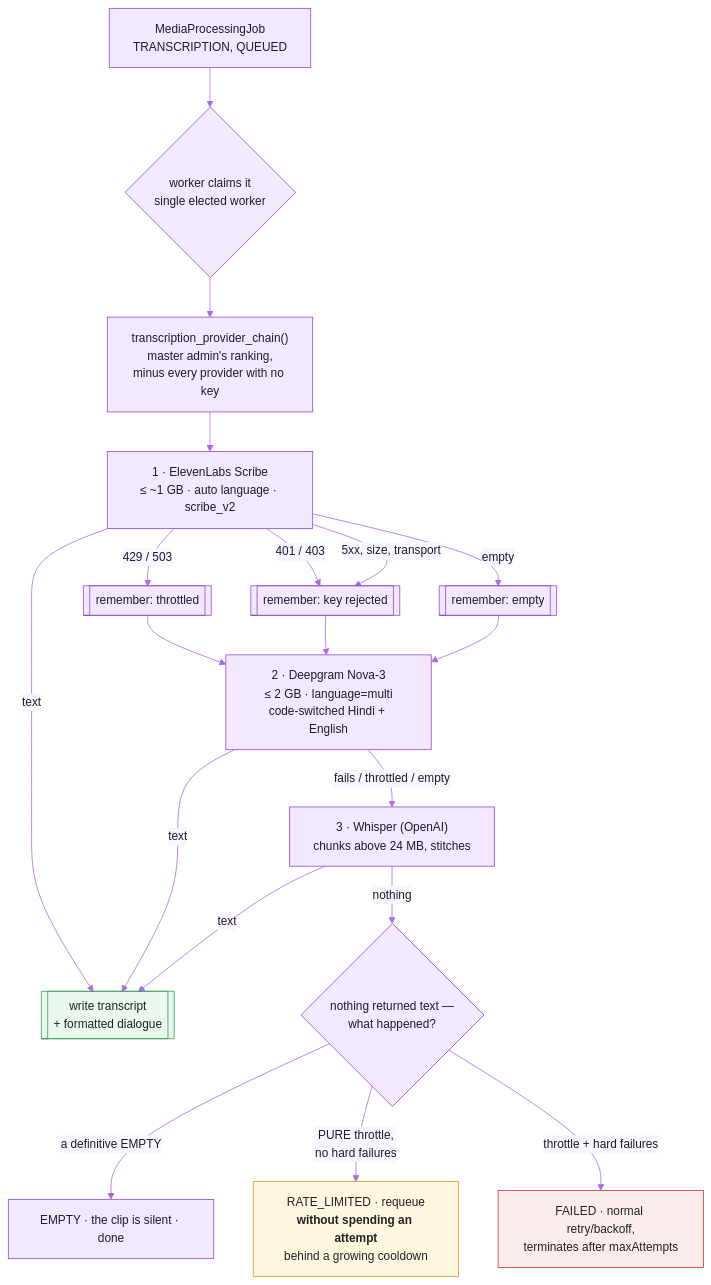
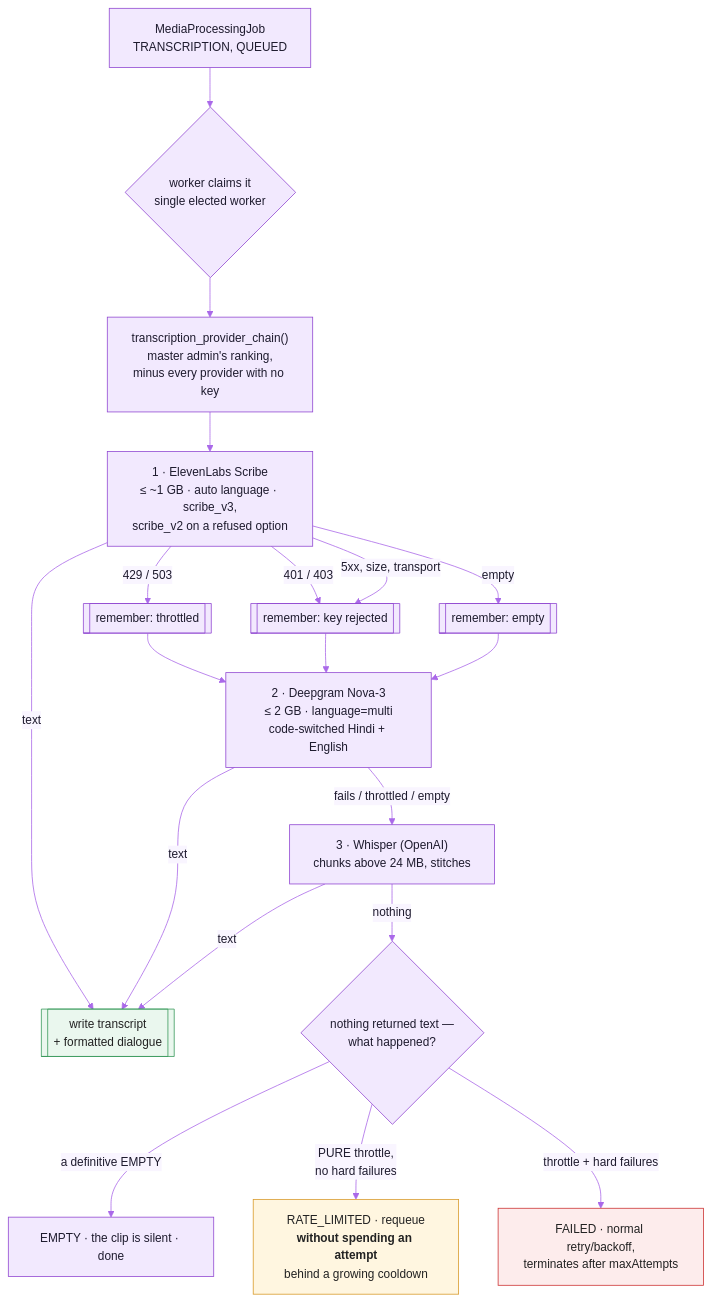
The eighth of 13 diagrams in docs/ARCHITECTURE.md (cxacraftecosystem-ui/designer-portal), drawn with Mermaid before and after one commit. The commit also changed other lines of this file and 54 other files, not shown here.

Commit message:
0.0.2: speech-to-text moves to ElevenLabs Scribe v3 on every surface, retries on Scribe v2 when a request is refused, and Android shows the badge the server names

````diff
--- a/docs/ARCHITECTURE.md
+++ b/docs/ARCHITECTURE.md
@@ -425,32 +425,32 @@
 ```mermaid
 %%{init: {"theme":"base","fontFamily":"Inter, ui-sans-serif, system-ui, -apple-system, Segoe UI, Roboto, Helvetica, Arial, sans-serif","themeVariables":{"fontSize":"15px","primaryColor":"#F2E9FE","primaryTextColor":"#1E1B2E","primaryBorderColor":"#9148D2","secondaryColor":"#FAEECD","secondaryTextColor":"#1E1B2E","secondaryBorderColor":"#CD9200","tertiaryColor":"#F3F1FA","tertiaryTextColor":"#1E1B2E","tertiaryBorderColor":"#A7A3BC","mainBkg":"#F2E9FE","nodeBorder":"#9148D2","nodeTextColor":"#1E1B2E","lineColor":"#AA69E9","textColor":"#857F9E","edgeLabelBackground":"#F9F5FF","clusterBkg":"#F9F5FF","clusterBorder":"#D6B6FB","titleColor":"#762CB1","noteBkgColor":"#FAEECD","noteTextColor":"#1E1B2E","noteBorderColor":"#CD9200","actorBkg":"#F2E9FE","actorBorder":"#9148D2","actorTextColor":"#1E1B2E","actorLineColor":"#AA69E9","signalColor":"#AA69E9","signalTextColor":"#857F9E","labelBoxBkgColor":"#F2E9FE","labelBoxBorderColor":"#9148D2","labelTextColor":"#1E1B2E","loopTextColor":"#857F9E","activationBkgColor":"#E7D5FE","activationBorderColor":"#9148D2","sequenceNumberColor":"#FFFFFF","transitionColor":"#AA69E9","transitionLabelColor":"#857F9E","stateLabelColor":"#1E1B2E","stateBkg":"#F2E9FE","compositeBackground":"#F9F5FF","compositeTitleBackground":"#F2E9FE","attributeBackgroundColorOdd":"#FFFFFF","attributeBackgroundColorEven":"#F9F5FF","relationColor":"#AA69E9","relationLabelBackground":"#F9F5FF","relationLabelColor":"#1E1B2E"}}}%%
 flowchart TD
   job["MediaProcessingJob<br/>TRANSCRIPTION, QUEUED"] --> claim{"worker claims it<br/>single elected worker"}
   claim --> chain["transcription_provider_chain()<br/>master admin's ranking,<br/>minus every provider with no key"]
-  chain --> p1["1 · ElevenLabs Scribe<br/>≤ ~1 GB · auto language · scribe_v2"]
+  chain --> p1["1 · ElevenLabs Scribe<br/>≤ ~1 GB · auto language · scribe_v3,<br/>scribe_v2 on a refused option"]
 
   p1 -->|text| done[["write transcript<br/>+ formatted dialogue"]]
   p1 -->|"429 / 503"| rl1[[remember: throttled]]
   p1 -->|"401 / 403"| hf1[[remember: key rejected]]
   p1 -->|"5xx, size, transport"| hf1
   p1 -->|empty| e1[[remember: empty]]
 
   rl1 --> p2
   hf1 --> p2
   e1 --> p2
   p2["2 · Deepgram Nova-3<br/>≤ 2 GB · language=multi<br/>code-switched Hindi + English"]
 
   p2 -->|text| done
   p2 -->|fails / throttled / empty| p3
   p3["3 · Whisper (OpenAI)<br/>chunks above 24 MB, stitches"]
   p3 -->|text| done
   p3 -->|nothing| resolve{"nothing returned text —<br/>what happened?"}
 
   resolve -->|"a definitive EMPTY"| empty["EMPTY · the clip is silent · done"]
   resolve -->|"PURE throttle,<br/>no hard failures"| rate["RATE_LIMITED · requeue<br/><b>without spending an attempt</b><br/>behind a growing cooldown"]
   resolve -->|"throttle + hard failures"| failed["FAILED · normal retry/backoff,<br/>terminates after maxAttempts"]
 
   style rate fill:#fff6e0,stroke:#d89a2a,color:#222
   style failed fill:#fdecec,stroke:#c33,color:#222
   style done fill:#eaf7ee,stroke:#3a9a5c,color:#222
 ```
````
